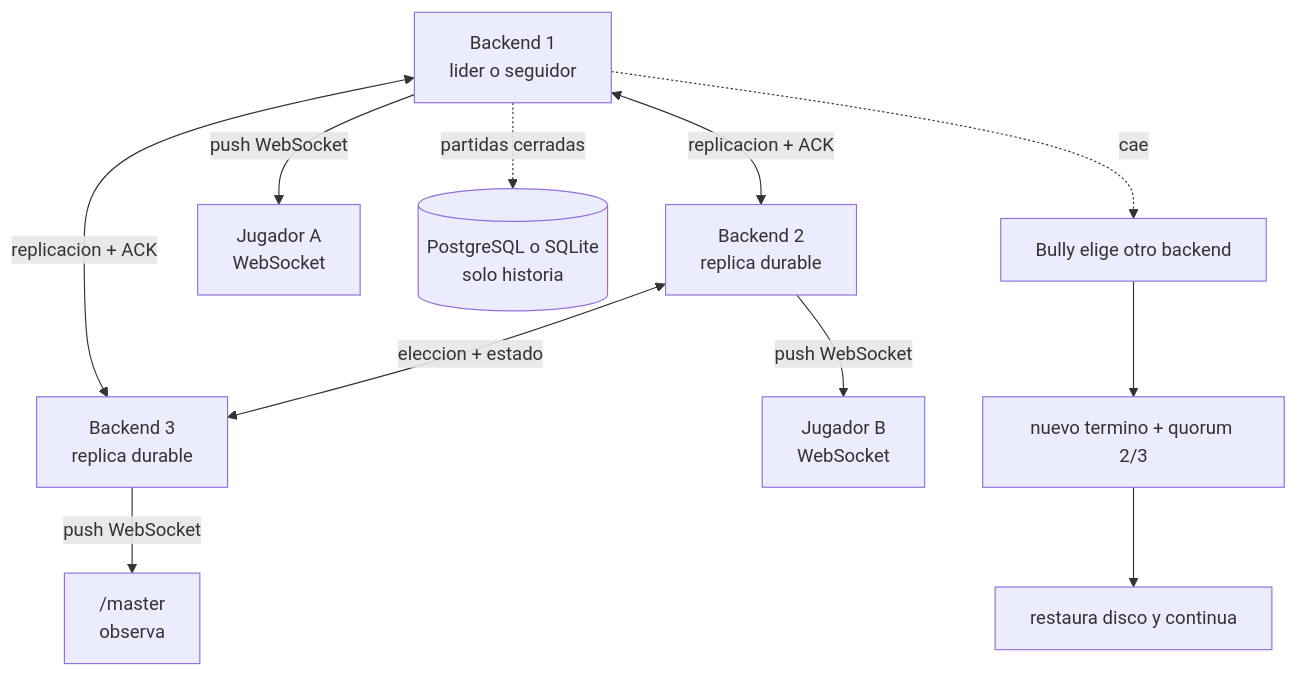
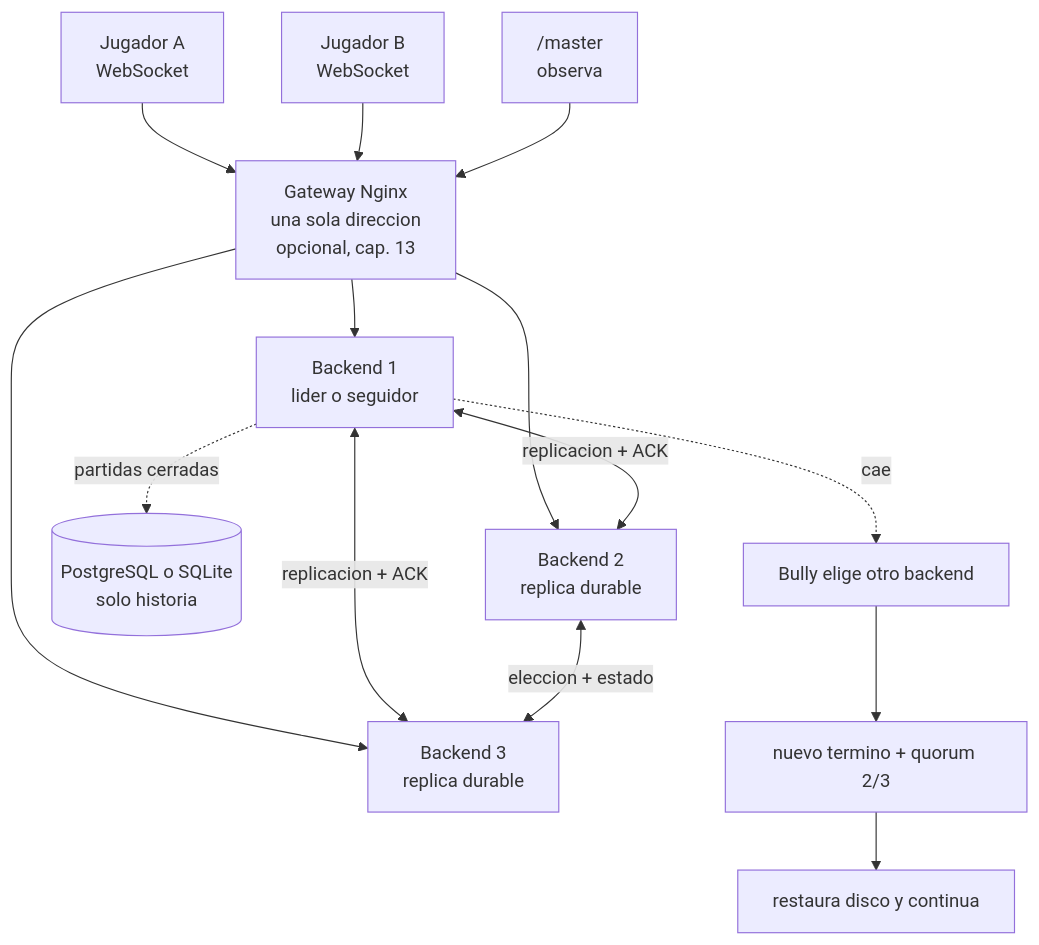
Before and after one commit to acampanaa/silunet: the diagram in docs/conceptos/README.md, drawn with Mermaid. The commit also changed other lines of this file and 15 other files, not shown here.

````diff
--- a/docs/conceptos/README.md
+++ b/docs/conceptos/README.md
@@ -38,22 +42,26 @@
 ```mermaid
 flowchart TB
+    A["Jugador A<br/>WebSocket"]
+    B["Jugador B<br/>WebSocket"]
+    M["/master<br/>observa"]
+    G["Gateway Nginx<br/>una sola direccion<br/>opcional, cap. 13"]
     N1["Backend 1<br/>lider o seguidor"]
     N2["Backend 2<br/>replica durable"]
     N3["Backend 3<br/>replica durable"]
-    A["Jugador A<br/>WebSocket"]
-    B["Jugador B<br/>WebSocket"]
-    M["/master<br/>observa"]
     DB[("PostgreSQL o SQLite<br/>solo historia")]
 
+    A --> G
+    B --> G
+    M --> G
+    G --> N1
+    G --> N2
+    G --> N3
     N1 <-->|"replicacion + ACK"| N2
     N1 <-->|"replicacion + ACK"| N3
     N2 <-->|"eleccion + estado"| N3
-    N1 -->|"push WebSocket"| A
-    N2 -->|"push WebSocket"| B
-    N3 -->|"push WebSocket"| M
     N1 -.->|"partidas cerradas"| DB
 
     N1 -.->|"cae"| X["Bully elige otro backend"]
     X --> L["nuevo termino + quorum 2/3"]
     L --> C["restaura disco y continua"]
 ```
````
